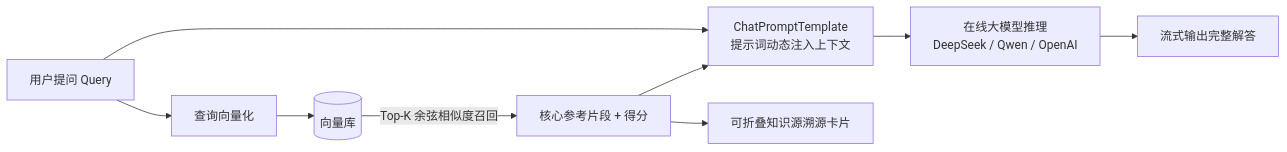
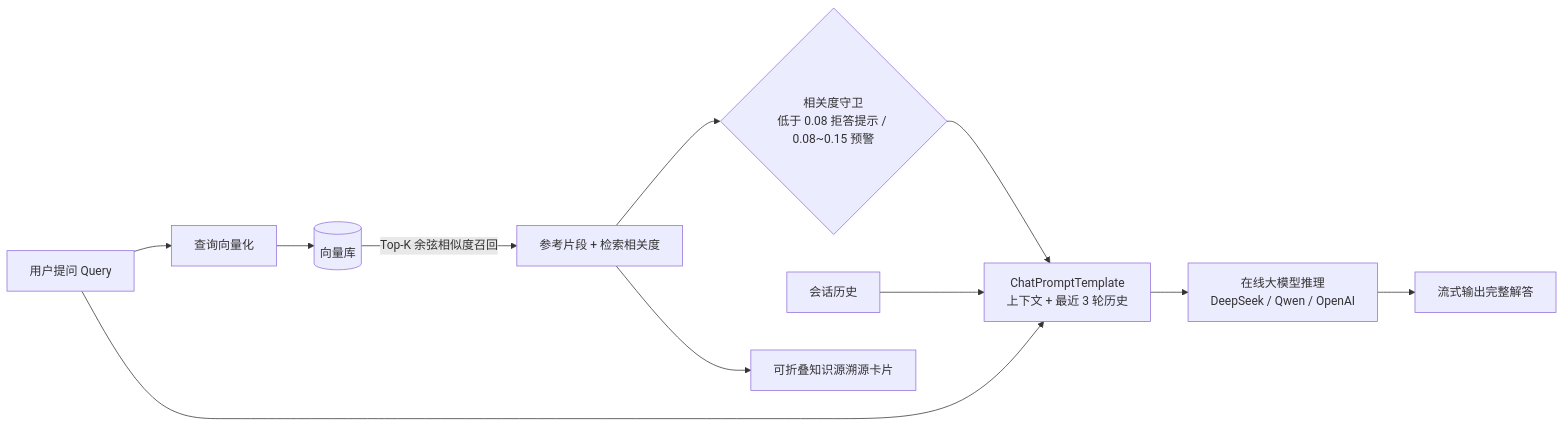
Before and after one commit to Zhoubin601/SmartDoc-RAG: the second of 2 diagrams in README.md, drawn with Mermaid. The commit also changed other lines of this file and 19 other files, not shown here.

````diff
--- a/README.md
+++ b/README.md
@@ -57,11 +61,13 @@
 ```mermaid
 flowchart LR
     Q[用户提问 Query] --> V[查询向量化]
     V --> S[(向量库)]
-    S -->|Top-K 余弦相似度召回| R[核心参考片段 + 得分]
-    R --> P[ChatPromptTemplate<br/>提示词动态注入上下文]
+    S -->|Top-K 余弦相似度召回| R[参考片段 + 检索相关度]
+    R --> G{"相关度守卫<br/>低于 0.08 拒答提示 / 0.08~0.15 预警"}
+    G --> P["ChatPromptTemplate<br/>上下文 + 最近 3 轮历史"]
+    H[会话历史] --> P
     Q --> P
     P --> M[在线大模型推理<br/>DeepSeek / Qwen / OpenAI]
     M --> O[流式输出完整解答]
     R --> C[可折叠知识源溯源卡片]
 ```
````
